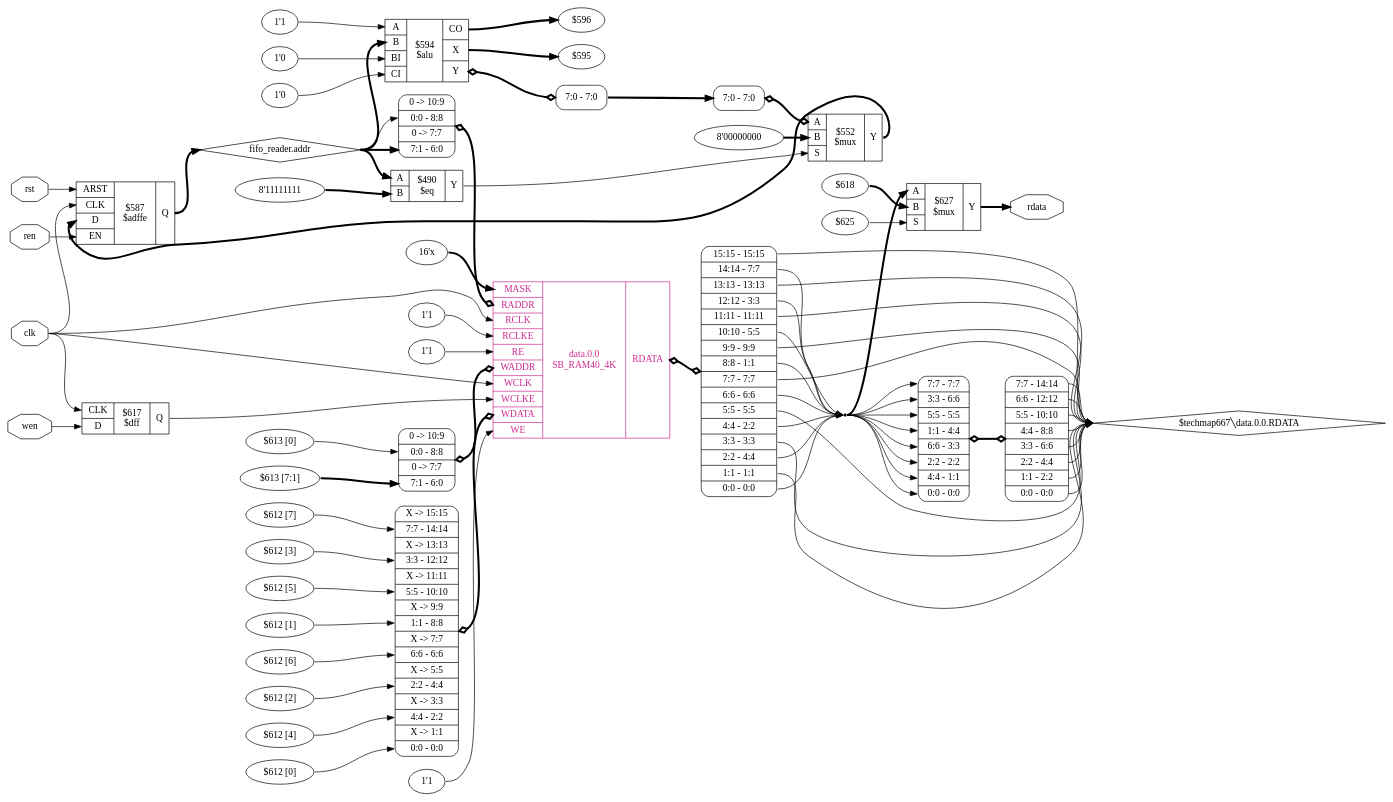
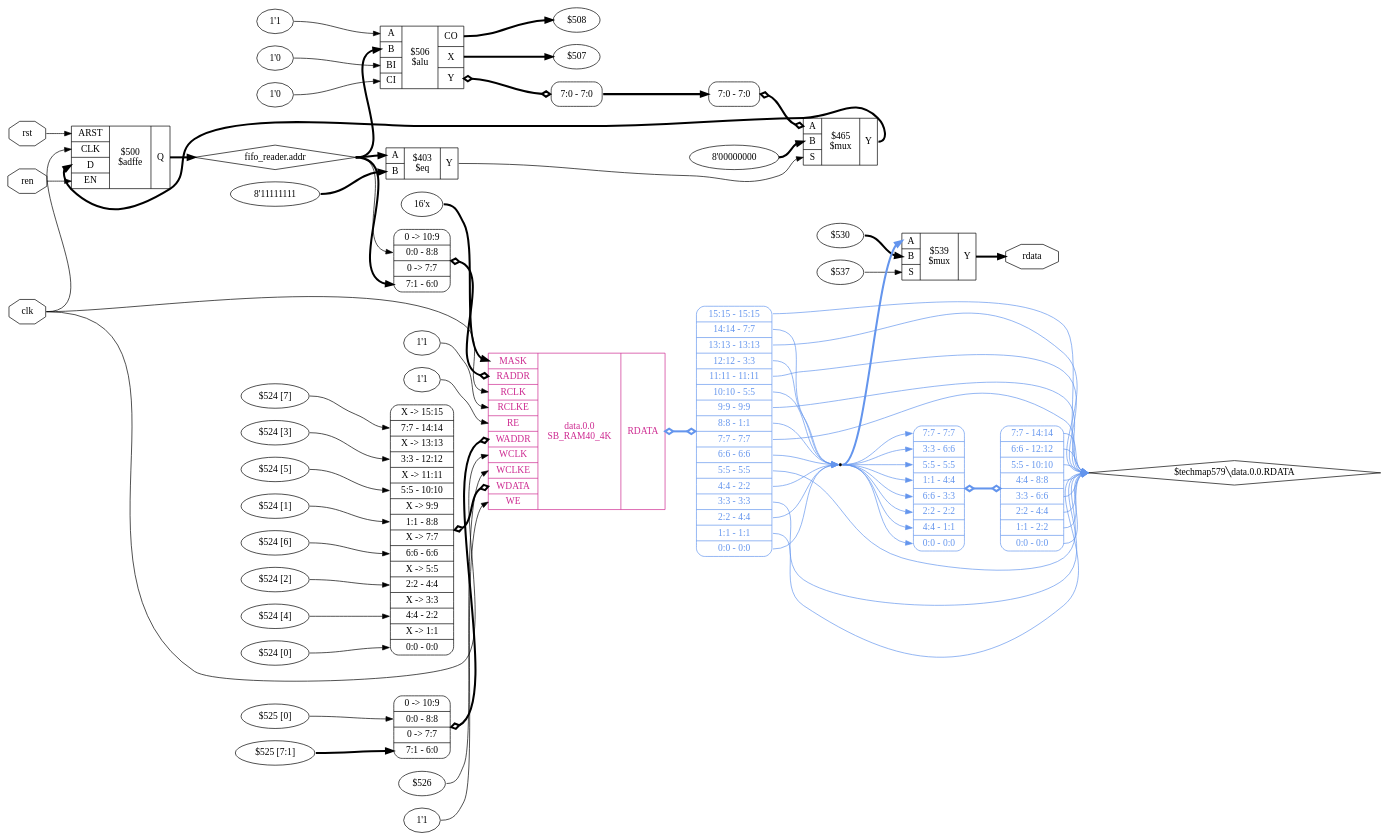
The diagram in source/_images/code_examples/fifo/rdata_map_ffram.dot (YosysHQ-Docs/yosys-cmd-ref), drawn with Graphviz before and after one commit. The commit also changed 54 other files, not shown here.

```diff
--- a/source/_images/code_examples/fifo/rdata_map_ffram.dot
+++ b/source/_images/code_examples/fifo/rdata_map_ffram.dot
@@ -1,130 +1,127 @@
 digraph "fifo" {
 rankdir="LR";
 remincross=true;
-n7 [ shape=octagon, label="clk", color="black", fontcolor="black" ];
-n8 [ shape=diamond, label="fifo_reader.addr", color="black", fontcolor="black" ];
-n9 [ shape=octagon, label="rdata", color="black", fontcolor="black" ];
-n10 [ shape=octagon, label="ren", color="black", fontcolor="black" ];
-n11 [ shape=octagon, label="rst", color="black", fontcolor="black" ];
-n12 [ shape=octagon, label="wen", color="black", fontcolor="black" ];
+n6 [ shape=octagon, label="clk", color="black", fontcolor="black" ];
+n7 [ shape=diamond, label="fifo_reader.addr", color="black", fontcolor="black" ];
+n8 [ shape=octagon, label="rdata", color="black", fontcolor="black" ];
+n9 [ shape=octagon, label="ren", color="black", fontcolor="black" ];
+n10 [ shape=octagon, label="rst", color="black", fontcolor="black" ];
 v0 [ label="1'1" ];
 v1 [ label="1'0" ];
 v2 [ label="1'0" ];
-v3 [ label="$596" ];
-v4 [ label="$595" ];
-c20 [ shape=record, label="{{<p13> A|<p14> B|<p15> BI|<p16> CI}|$594\n$alu|{<p17> CO|<p18> X|<p19> Y}}",  ];
+v3 [ label="$508" ];
+v4 [ label="$507" ];
+c18 [ shape=record, label="{{<p11> A|<p12> B|<p13> BI|<p14> CI}|$506\n$alu|{<p15> CO|<p16> X|<p17> Y}}",  ];
 x5 [ shape=record, style=rounded, label="<s0> 7:0 - 7:0 ", color="black", fontcolor="black" ];
-c20:p19:e -> x5:w [arrowhead=odiamond, arrowtail=odiamond, dir=both, color="black", fontcolor="black", style="setlinewidth(3)", label=""];
-c26 [ shape=record, label="{{<p21> ARST|<p22> CLK|<p23> D|<p24> EN}|$587\n$adffe|{<p25> Q}}",  ];
-v6 [ label="$618" ];
-v7 [ label="$625" ];
-c28 [ shape=record, label="{{<p13> A|<p14> B|<p27> S}|$627\n$mux|{<p19> Y}}",  ];
-c29 [ shape=record, label="{{<p22> CLK|<p23> D}|$617\n$dff|{<p25> Q}}",  ];
+c18:p17:e -> x5:w [arrowhead=odiamond, arrowtail=odiamond, dir=both, color="black", fontcolor="black", style="setlinewidth(3)", label=""];
+c24 [ shape=record, label="{{<p19> ARST|<p20> CLK|<p21> D|<p22> EN}|$500\n$adffe|{<p23> Q}}",  ];
+v6 [ label="$530" ];
+v7 [ label="$537" ];
+c26 [ shape=record, label="{{<p11> A|<p12> B|<p25> S}|$539\n$mux|{<p17> Y}}",  ];
 v8 [ label="8'11111111" ];
-c30 [ shape=record, label="{{<p13> A|<p14> B}|$490\n$eq|{<p19> Y}}",  ];
+c27 [ shape=record, label="{{<p11> A|<p12> B}|$403\n$eq|{<p17> Y}}",  ];
 v10 [ label="8'00000000" ];
-c31 [ shape=record, label="{{<p13> A|<p14> B|<p27> S}|$552\n$mux|{<p19> Y}}",  ];
+c28 [ shape=record, label="{{<p11> A|<p12> B|<p25> S}|$465\n$mux|{<p17> Y}}",  ];
 x9 [ shape=record, style=rounded, label="<s0> 7:0 - 7:0 ", color="black", fontcolor="black" ];
-x9:e -> c31:p13:w [arrowhead=odiamond, arrowtail=odiamond, dir=both, color="black", fontcolor="black", style="setlinewidth(3)", label=""];
+x9:e -> c28:p11:w [arrowhead=odiamond, arrowtail=odiamond, dir=both, color="black", fontcolor="black", style="setlinewidth(3)", label=""];
 v11 [ label="16'x" ];
 v13 [ label="1'1" ];
 v15 [ label="1'1" ];
-v17 [ label="$613 [0]" ];
-v18 [ label="$613 [7:1]" ];
-v20 [ label="$612 [7]" ];
-v21 [ label="$612 [3]" ];
-v22 [ label="$612 [5]" ];
-v23 [ label="$612 [1]" ];
-v24 [ label="$612 [6]" ];
-v25 [ label="$612 [2]" ];
-v26 [ label="$612 [4]" ];
-v27 [ label="$612 [0]" ];
-v28 [ label="1'1" ];
-c43 [ shape=record, label="{{<p32> MASK|<p33> RADDR|<p34> RCLK|<p35> RCLKE|<p36> RE|<p37> WADDR|<p38> WCLK|<p39> WCLKE|<p40> WDATA|<p41> WE}|data.0.0\nSB_RAM40_4K|{<p42> RDATA}}", color="maroon3", fontcolor="maroon3" ];
+v17 [ label="$525 [0]" ];
+v18 [ label="$525 [7:1]" ];
+v19 [ label="$526" ];
+v21 [ label="$524 [7]" ];
+v22 [ label="$524 [3]" ];
+v23 [ label="$524 [5]" ];
+v24 [ label="$524 [1]" ];
+v25 [ label="$524 [6]" ];
+v26 [ label="$524 [2]" ];
+v27 [ label="$524 [4]" ];
+v28 [ label="$524 [0]" ];
+v29 [ label="1'1" ];
+c40 [ shape=record, label="{{<p29> MASK|<p30> RADDR|<p31> RCLK|<p32> RCLKE|<p33> RE|<p34> WADDR|<p35> WCLK|<p36> WCLKE|<p37> WDATA|<p38> WE}|data.0.0\nSB_RAM40_4K|{<p39> RDATA}}", color="maroon3", fontcolor="maroon3" ];
 x12 [ shape=record, style=rounded, label="0 -&gt; 10:9 |<s2> 0:0 - 8:8 |0 -&gt; 7:7 |<s0> 7:1 - 6:0 ", color="black", fontcolor="black" ];
-x12:e -> c43:p33:w [arrowhead=odiamond, arrowtail=odiamond, dir=both, color="black", fontcolor="black", style="setlinewidth(3)", label=""];
-x14 [ shape=record, style=rounded, label="<s15> 15:15 - 15:15 |<s14> 14:14 - 7:7 |<s13> 13:13 - 13:13 |<s12> 12:12 - 3:3 |<s11> 11:11 - 11:11 |<s10> 10:10 - 5:5 |<s9> 9:9 - 9:9 |<s8> 8:8 - 1:1 |<s7> 7:7 - 7:7 |<s6> 6:6 - 6:6 |<s5> 5:5 - 5:5 |<s4> 4:4 - 2:2 |<s3> 3:3 - 3:3 |<s2> 2:2 - 4:4 |<s1> 1:1 - 1:1 |<s0> 0:0 - 0:0 ", color="black", fontcolor="black" ];
-c43:p42:e -> x14:w [arrowhead=odiamond, arrowtail=odiamond, dir=both, color="black", fontcolor="black", style="setlinewidth(3)", label=""];
+x12:e -> c40:p30:w [arrowhead=odiamond, arrowtail=odiamond, dir=both, color="black", fontcolor="black", style="setlinewidth(3)", label=""];
+x14 [ shape=record, style=rounded, label="<s15> 15:15 - 15:15 |<s14> 14:14 - 7:7 |<s13> 13:13 - 13:13 |<s12> 12:12 - 3:3 |<s11> 11:11 - 11:11 |<s10> 10:10 - 5:5 |<s9> 9:9 - 9:9 |<s8> 8:8 - 1:1 |<s7> 7:7 - 7:7 |<s6> 6:6 - 6:6 |<s5> 5:5 - 5:5 |<s4> 4:4 - 2:2 |<s3> 3:3 - 3:3 |<s2> 2:2 - 4:4 |<s1> 1:1 - 1:1 |<s0> 0:0 - 0:0 ", color="cornflowerblue", fontcolor="cornflowerblue" ];
+c40:p39:e -> x14:w [arrowhead=odiamond, arrowtail=odiamond, dir=both, color="cornflowerblue", fontcolor="cornflowerblue", style="setlinewidth(3)", label=""];
 x16 [ shape=record, style=rounded, label="0 -&gt; 10:9 |<s2> 0:0 - 8:8 |0 -&gt; 7:7 |<s0> 7:1 - 6:0 ", color="black", fontcolor="black" ];
-x16:e -> c43:p37:w [arrowhead=odiamond, arrowtail=odiamond, dir=both, color="black", fontcolor="black", style="setlinewidth(3)", label=""];
-x19 [ shape=record, style=rounded, label="X -&gt; 15:15 |<s14> 7:7 - 14:14 |X -&gt; 13:13 |<s12> 3:3 - 12:12 |X -&gt; 11:11 |<s10> 5:5 - 10:10 |X -&gt; 9:9 |<s8> 1:1 - 8:8 |X -&gt; 7:7 |<s6> 6:6 - 6:6 |X -&gt; 5:5 |<s4> 2:2 - 4:4 |X -&gt; 3:3 |<s2> 4:4 - 2:2 |X -&gt; 1:1 |<s0> 0:0 - 0:0 ", color="black", fontcolor="black" ];
-x19:e -> c43:p40:w [arrowhead=odiamond, arrowtail=odiamond, dir=both, color="black", fontcolor="black", style="setlinewidth(3)", label=""];
-x29 [ shape=record, style=rounded, label="<s7> 7:7 - 7:7 |<s6> 3:3 - 6:6 |<s5> 5:5 - 5:5 |<s4> 1:1 - 4:4 |<s3> 6:6 - 3:3 |<s2> 2:2 - 2:2 |<s1> 4:4 - 1:1 |<s0> 0:0 - 0:0 ", color="black", fontcolor="black" ];
-x30 [ shape=record, style=rounded, label="<s7> 7:7 - 14:14 |<s6> 6:6 - 12:12 |<s5> 5:5 - 10:10 |<s4> 4:4 - 8:8 |<s3> 3:3 - 6:6 |<s2> 2:2 - 4:4 |<s1> 1:1 - 2:2 |<s0> 0:0 - 0:0 ", color="black", fontcolor="black" ];
-x29:e -> x30:w [arrowhead=odiamond, arrowtail=odiamond, dir=both, color="black", fontcolor="black", style="setlinewidth(3)", label=""];
+x16:e -> c40:p34:w [arrowhead=odiamond, arrowtail=odiamond, dir=both, color="black", fontcolor="black", style="setlinewidth(3)", label=""];
+x20 [ shape=record, style=rounded, label="X -&gt; 15:15 |<s14> 7:7 - 14:14 |X -&gt; 13:13 |<s12> 3:3 - 12:12 |X -&gt; 11:11 |<s10> 5:5 - 10:10 |X -&gt; 9:9 |<s8> 1:1 - 8:8 |X -&gt; 7:7 |<s6> 6:6 - 6:6 |X -&gt; 5:5 |<s4> 2:2 - 4:4 |X -&gt; 3:3 |<s2> 4:4 - 2:2 |X -&gt; 1:1 |<s0> 0:0 - 0:0 ", color="black", fontcolor="black" ];
+x20:e -> c40:p37:w [arrowhead=odiamond, arrowtail=odiamond, dir=both, color="black", fontcolor="black", style="setlinewidth(3)", label=""];
+x30 [ shape=record, style=rounded, label="<s7> 7:7 - 7:7 |<s6> 3:3 - 6:6 |<s5> 5:5 - 5:5 |<s4> 1:1 - 4:4 |<s3> 6:6 - 3:3 |<s2> 2:2 - 2:2 |<s1> 4:4 - 1:1 |<s0> 0:0 - 0:0 ", color="cornflowerblue", fontcolor="cornflowerblue" ];
+x31 [ shape=record, style=rounded, label="<s7> 7:7 - 14:14 |<s6> 6:6 - 12:12 |<s5> 5:5 - 10:10 |<s4> 4:4 - 8:8 |<s3> 3:3 - 6:6 |<s2> 2:2 - 4:4 |<s1> 1:1 - 2:2 |<s0> 0:0 - 0:0 ", color="cornflowerblue", fontcolor="cornflowerblue" ];
+x30:e -> x31:w [arrowhead=odiamond, arrowtail=odiamond, dir=both, color="cornflowerblue", fontcolor="cornflowerblue", style="setlinewidth(3)", label=""];
 n1 [ shape=point ];
-x14:s0:e -> n1:w [color="black", fontcolor="black", label=""];
-x14:s10:e -> n1:w [color="black", fontcolor="black", label=""];
-x14:s12:e -> n1:w [color="black", fontcolor="black", label=""];
-x14:s14:e -> n1:w [color="black", fontcolor="black", label=""];
-x14:s2:e -> n1:w [color="black", fontcolor="black", label=""];
-x14:s4:e -> n1:w [color="black", fontcolor="black", label=""];
-x14:s6:e -> n1:w [color="black", fontcolor="black", label=""];
-x14:s8:e -> n1:w [color="black", fontcolor="black", label=""];
-n1:e -> c28:p13:w [color="black", fontcolor="black", style="setlinewidth(3)", label=""];
-n1:e -> x29:s0:w [color="black", fontcolor="black", label=""];
-n1:e -> x29:s1:w [color="black", fontcolor="black", label=""];
-n1:e -> x29:s2:w [color="black", fontcolor="black", label=""];
-n1:e -> x29:s3:w [color="black", fontcolor="black", label=""];
-n1:e -> x29:s4:w [color="black", fontcolor="black", label=""];
-n1:e -> x29:s5:w [color="black", fontcolor="black", label=""];
-n1:e -> x29:s6:w [color="black", fontcolor="black", label=""];
-n1:e -> x29:s7:w [color="black", fontcolor="black", label=""];
-n10:e -> c26:p24:w [color="black", fontcolor="black", label=""];
-n11:e -> c26:p21:w [color="black", fontcolor="black", label=""];
-n12:e -> c29:p23:w [color="black", fontcolor="black", label=""];
-c29:p25:e -> c43:p39:w [color="black", fontcolor="black", label=""];
+x14:s0:e -> n1:w [color="cornflowerblue", fontcolor="cornflowerblue", label=""];
+x14:s10:e -> n1:w [color="cornflowerblue", fontcolor="cornflowerblue", label=""];
+x14:s12:e -> n1:w [color="cornflowerblue", fontcolor="cornflowerblue", label=""];
+x14:s14:e -> n1:w [color="cornflowerblue", fontcolor="cornflowerblue", label=""];
+x14:s2:e -> n1:w [color="cornflowerblue", fontcolor="cornflowerblue", label=""];
+x14:s4:e -> n1:w [color="cornflowerblue", fontcolor="cornflowerblue", label=""];
+x14:s6:e -> n1:w [color="cornflowerblue", fontcolor="cornflowerblue", label=""];
+x14:s8:e -> n1:w [color="cornflowerblue", fontcolor="cornflowerblue", label=""];
+n1:e -> c26:p11:w [color="cornflowerblue", fontcolor="cornflowerblue", style="setlinewidth(3)", label=""];
+n1:e -> x30:s0:w [color="cornflowerblue", fontcolor="cornflowerblue", label=""];
+n1:e -> x30:s1:w [color="cornflowerblue", fontcolor="cornflowerblue", label=""];
+n1:e -> x30:s2:w [color="cornflowerblue", fontcolor="cornflowerblue", label=""];
+n1:e -> x30:s3:w [color="cornflowerblue", fontcolor="cornflowerblue", label=""];
+n1:e -> x30:s4:w [color="cornflowerblue", fontcolor="cornflowerblue", label=""];
+n1:e -> x30:s5:w [color="cornflowerblue", fontcolor="cornflowerblue", label=""];
+n1:e -> x30:s6:w [color="cornflowerblue", fontcolor="cornflowerblue", label=""];
+n1:e -> x30:s7:w [color="cornflowerblue", fontcolor="cornflowerblue", label=""];
+n10:e -> c24:p19:w [color="black", fontcolor="black", label=""];
 x5:s0:e -> x9:s0:w [color="black", fontcolor="black", style="setlinewidth(3)", label=""];
-c30:p19:e -> c31:p27:w [color="black", fontcolor="black", label=""];
-c31:p19:e -> c26:p23:w [color="black", fontcolor="black", style="setlinewidth(3)", label=""];
-n6 [ shape=diamond, label="$techmap667&#9586;data.0.0.RDATA" ];
-x14:s1:e -> n6:w [color="black", fontcolor="black", label=""];
-x14:s11:e -> n6:w [color="black", fontcolor="black", label=""];
-x14:s13:e -> n6:w [color="black", fontcolor="black", label=""];
-x14:s15:e -> n6:w [color="black", fontcolor="black", label=""];
-x14:s3:e -> n6:w [color="black", fontcolor="black", label=""];
-x14:s5:e -> n6:w [color="black", fontcolor="black", label=""];
-x14:s7:e -> n6:w [color="black", fontcolor="black", label=""];
-x14:s9:e -> n6:w [color="black", fontcolor="black", label=""];
-x30:s0:e -> n6:w [color="black", fontcolor="black", label=""];
-x30:s1:e -> n6:w [color="black", fontcolor="black", label=""];
-x30:s2:e -> n6:w [color="black", fontcolor="black", label=""];
-x30:s3:e -> n6:w [color="black", fontcolor="black", label=""];
-x30:s4:e -> n6:w [color="black", fontcolor="black", label=""];
-x30:s5:e -> n6:w [color="black", fontcolor="black", label=""];
-x30:s6:e -> n6:w [color="black", fontcolor="black", label=""];
-x30:s7:e -> n6:w [color="black", fontcolor="black", label=""];
-n7:e -> c26:p22:w [color="black", fontcolor="black", label=""];
-n7:e -> c29:p22:w [color="black", fontcolor="black", label=""];
-n7:e -> c43:p34:w [color="black", fontcolor="black", label=""];
-n7:e -> c43:p38:w [color="black", fontcolor="black", label=""];
-c26:p25:e -> n8:w [color="black", fontcolor="black", style="setlinewidth(3)", label=""];
-n8:e -> c20:p14:w [color="black", fontcolor="black", style="setlinewidth(3)", label=""];
-n8:e -> c30:p13:w [color="black", fontcolor="black", style="setlinewidth(3)", label=""];
-n8:e -> x12:s0:w [color="black", fontcolor="black", style="setlinewidth(3)", label=""];
-n8:e -> x12:s2:w [color="black", fontcolor="black", label=""];
-c28:p19:e -> n9:w [color="black", fontcolor="black", style="setlinewidth(3)", label=""];
-v0:e -> c20:p13:w [color="black", fontcolor="black", label=""];
-v1:e -> c20:p15:w [color="black", fontcolor="black", label=""];
-v10:e -> c31:p14:w [color="black", fontcolor="black", style="setlinewidth(3)", label=""];
-v11:e -> c43:p32:w [color="black", fontcolor="black", style="setlinewidth(3)", label=""];
-v13:e -> c43:p35:w [color="black", fontcolor="black", label=""];
-v15:e -> c43:p36:w [color="black", fontcolor="black", label=""];
+c27:p17:e -> c28:p25:w [color="black", fontcolor="black", label=""];
+c28:p17:e -> c24:p21:w [color="black", fontcolor="black", style="setlinewidth(3)", label=""];
+n5 [ shape=diamond, label="$techmap579&#9586;data.0.0.RDATA" ];
+x14:s1:e -> n5:w [color="cornflowerblue", fontcolor="cornflowerblue", label=""];
+x14:s11:e -> n5:w [color="cornflowerblue", fontcolor="cornflowerblue", label=""];
+x14:s13:e -> n5:w [color="cornflowerblue", fontcolor="cornflowerblue", label=""];
+x14:s15:e -> n5:w [color="cornflowerblue", fontcolor="cornflowerblue", label=""];
+x14:s3:e -> n5:w [color="cornflowerblue", fontcolor="cornflowerblue", label=""];
+x14:s5:e -> n5:w [color="cornflowerblue", fontcolor="cornflowerblue", label=""];
+x14:s7:e -> n5:w [color="cornflowerblue", fontcolor="cornflowerblue", label=""];
+x14:s9:e -> n5:w [color="cornflowerblue", fontcolor="cornflowerblue", label=""];
+x31:s0:e -> n5:w [color="cornflowerblue", fontcolor="cornflowerblue", label=""];
+x31:s1:e -> n5:w [color="cornflowerblue", fontcolor="cornflowerblue", label=""];
+x31:s2:e -> n5:w [color="cornflowerblue", fontcolor="cornflowerblue", label=""];
+x31:s3:e -> n5:w [color="cornflowerblue", fontcolor="cornflowerblue", label=""];
+x31:s4:e -> n5:w [color="cornflowerblue", fontcolor="cornflowerblue", label=""];
+x31:s5:e -> n5:w [color="cornflowerblue", fontcolor="cornflowerblue", label=""];
+x31:s6:e -> n5:w [color="cornflowerblue", fontcolor="cornflowerblue", label=""];
+x31:s7:e -> n5:w [color="cornflowerblue", fontcolor="cornflowerblue", label=""];
+n6:e -> c24:p20:w [color="black", fontcolor="black", label=""];
+n6:e -> c40:p31:w [color="black", fontcolor="black", label=""];
+n6:e -> c40:p35:w [color="black", fontcolor="black", label=""];
+c24:p23:e -> n7:w [color="black", fontcolor="black", style="setlinewidth(3)", label=""];
+n7:e -> c18:p12:w [color="black", fontcolor="black", style="setlinewidth(3)", label=""];
+n7:e -> c27:p11:w [color="black", fontcolor="black", style="setlinewidth(3)", label=""];
+n7:e -> x12:s0:w [color="black", fontcolor="black", style="setlinewidth(3)", label=""];
+n7:e -> x12:s2:w [color="black", fontcolor="black", label=""];
+c26:p17:e -> n8:w [color="black", fontcolor="black", style="setlinewidth(3)", label=""];
+n9:e -> c24:p22:w [color="black", fontcolor="black", label=""];
+v0:e -> c18:p11:w [color="black", fontcolor="black", label=""];
+v1:e -> c18:p13:w [color="black", fontcolor="black", label=""];
+v10:e -> c28:p12:w [color="black", fontcolor="black", style="setlinewidth(3)", label=""];
+v11:e -> c40:p29:w [color="black", fontcolor="black", style="setlinewidth(3)", label=""];
+v13:e -> c40:p32:w [color="black", fontcolor="black", label=""];
+v15:e -> c40:p33:w [color="black", fontcolor="black", label=""];
 v17:e -> x16:s2:w [color="black", fontcolor="black", label=""];
 v18:e -> x16:s0:w [color="black", fontcolor="black", style="setlinewidth(3)", label=""];
-v2:e -> c20:p16:w [color="black", fontcolor="black", label=""];
-v20:e -> x19:s14:w [color="black", fontcolor="black", label=""];
-v21:e -> x19:s12:w [color="black", fontcolor="black", label=""];
-v22:e -> x19:s10:w [color="black", fontcolor="black", label=""];
-v23:e -> x19:s8:w [color="black", fontcolor="black", label=""];
-v24:e -> x19:s6:w [color="black", fontcolor="black", label=""];
-v25:e -> x19:s4:w [color="black", fontcolor="black", label=""];
-v26:e -> x19:s2:w [color="black", fontcolor="black", label=""];
-v27:e -> x19:s0:w [color="black", fontcolor="black", label=""];
-v28:e -> c43:p41:w [color="black", fontcolor="black", label=""];
-c20:p17:e -> v3:w [color="black", fontcolor="black", style="setlinewidth(3)", label=""];
-c20:p18:e -> v4:w [color="black", fontcolor="black", style="setlinewidth(3)", label=""];
-v6:e -> c28:p14:w [color="black", fontcolor="black", style="setlinewidth(3)", label=""];
-v7:e -> c28:p27:w [color="black", fontcolor="black", label=""];
-v8:e -> c30:p14:w [color="black", fontcolor="black", style="setlinewidth(3)", label=""];
+v19:e -> c40:p36:w [color="black", fontcolor="black", label=""];
+v2:e -> c18:p14:w [color="black", fontcolor="black", label=""];
+v21:e -> x20:s14:w [color="black", fontcolor="black", label=""];
+v22:e -> x20:s12:w [color="black", fontcolor="black", label=""];
+v23:e -> x20:s10:w [color="black", fontcolor="black", label=""];
+v24:e -> x20:s8:w [color="black", fontcolor="black", label=""];
+v25:e -> x20:s6:w [color="black", fontcolor="black", label=""];
+v26:e -> x20:s4:w [color="black", fontcolor="black", label=""];
+v27:e -> x20:s2:w [color="black", fontcolor="black", label=""];
+v28:e -> x20:s0:w [color="black", fontcolor="black", label=""];
+v29:e -> c40:p38:w [color="black", fontcolor="black", label=""];
+c18:p15:e -> v3:w [color="black", fontcolor="black", style="setlinewidth(3)", label=""];
+c18:p16:e -> v4:w [color="black", fontcolor="black", style="setlinewidth(3)", label=""];
+v6:e -> c26:p12:w [color="black", fontcolor="black", style="setlinewidth(3)", label=""];
+v7:e -> c26:p25:w [color="black", fontcolor="black", label=""];
+v8:e -> c27:p12:w [color="black", fontcolor="black", style="setlinewidth(3)", label=""];
 }
```
